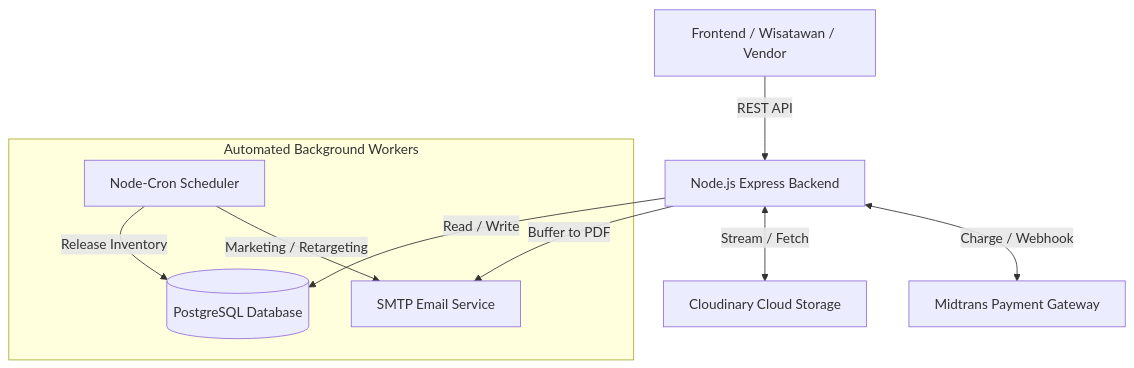
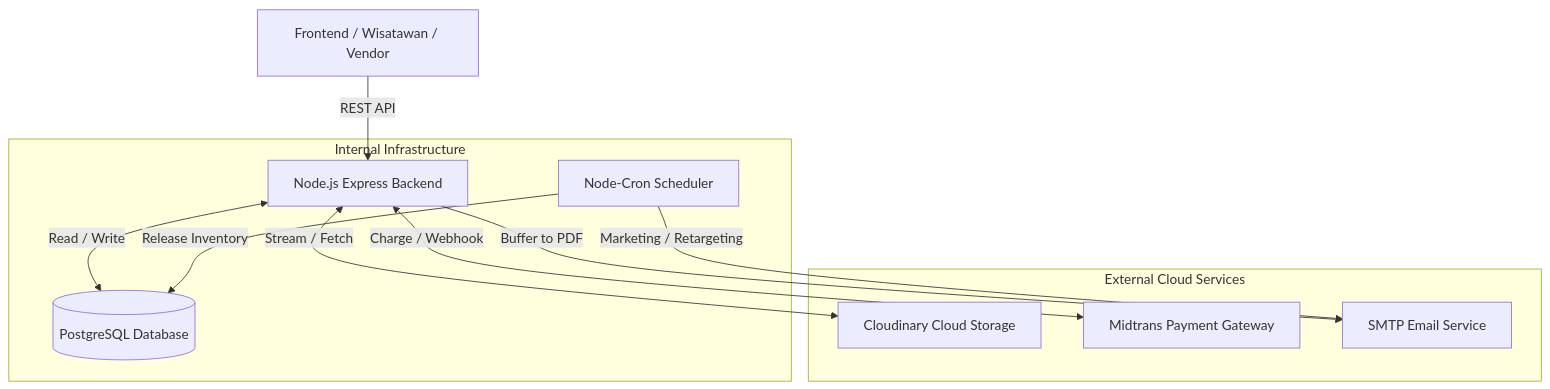
The diagram in Backend/README.md (alfinhimawan/Divexplore_3D), drawn with Mermaid before and after one commit. The commit also changed other lines of this file, not shown here.

Commit message:
docs: merapikan diagram mermaid dan menghapus rumus komisi

````diff
--- a/Backend/README.md
+++ b/Backend/README.md
@@ -46,13 +46,16 @@
 ```mermaid
 graph TD
     Client[Frontend / Wisatawan / Vendor] -->|REST API| API[Node.js Express Backend]
-    API -->|Read / Write| DB[(PostgreSQL Database)]
-    API <-->|Stream / Fetch| Cloudinary[Cloudinary Cloud Storage]
-    API <-->|Charge / Webhook| Midtrans[Midtrans Payment Gateway]
-    API -->|Buffer to PDF| Mailer[SMTP Email Service]
     
-    subgraph "Automated Background Workers"
+    subgraph "Internal Infrastructure"
+        API <-->|Read / Write| DB[(PostgreSQL Database)]
         Cron[Node-Cron Scheduler] -->|Release Inventory| DB
+    end
+    
+    subgraph "External Cloud Services"
+        API <-->|Stream / Fetch| Cloudinary[Cloudinary Cloud Storage]
+        API <-->|Charge / Webhook| Midtrans[Midtrans Payment Gateway]
+        API -->|Buffer to PDF| Mailer[SMTP Email Service]
         Cron -->|Marketing / Retargeting| Mailer
     end
 ```
````
